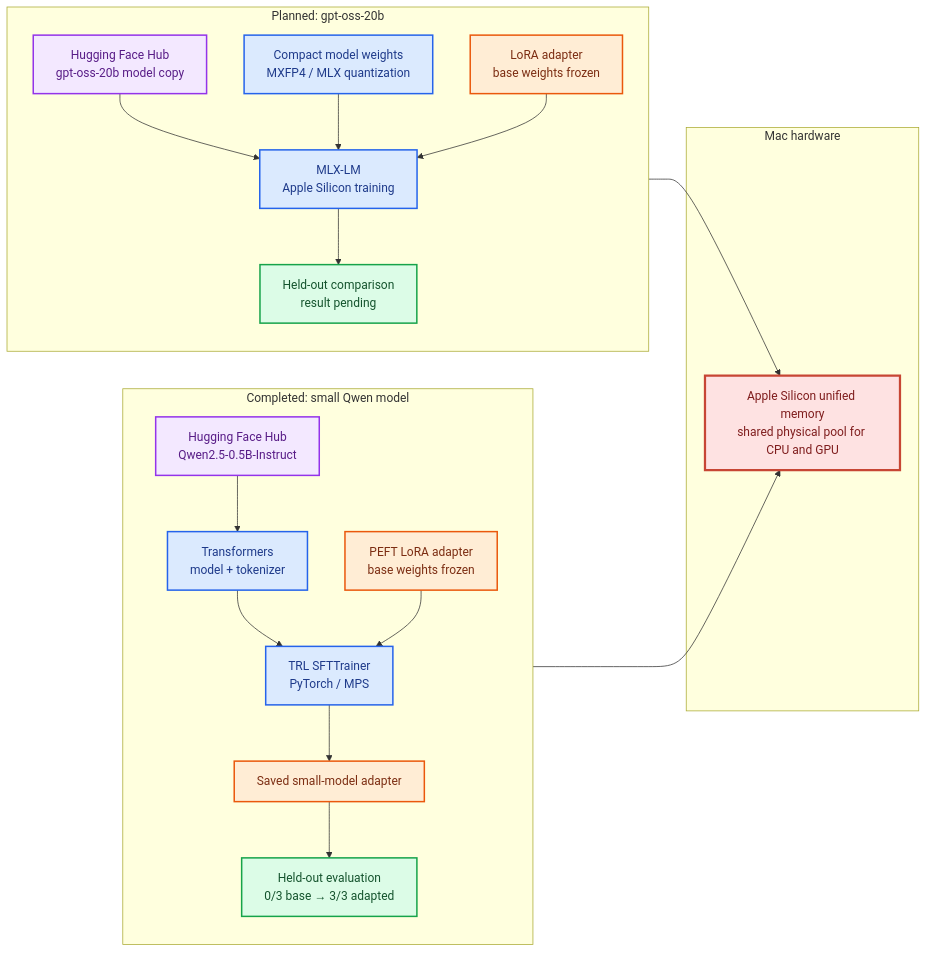
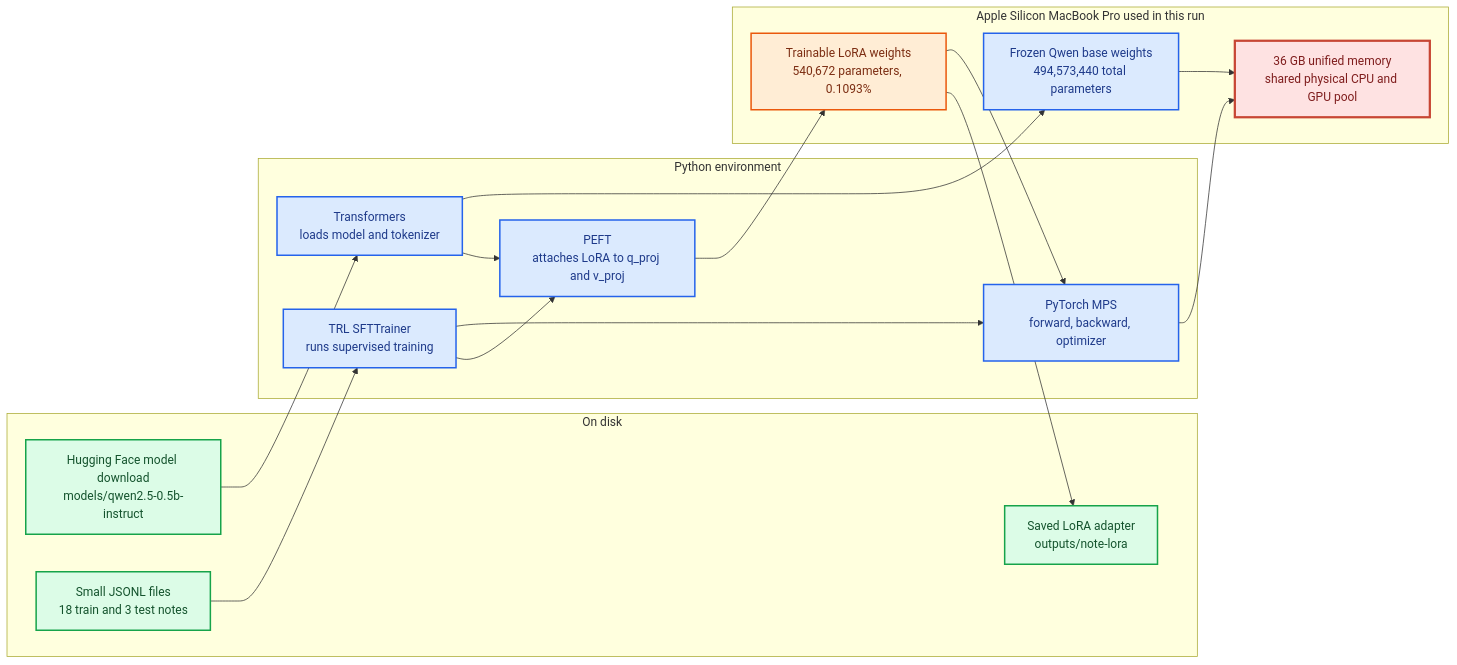
Before and after one commit to ssganiger/mac-llm-finetuning-lab: the second of 2 diagrams in docs/architecture.md, drawn with Mermaid. The commit also changed other lines of this file, not shown here.

Commit message:
Refresh Mermaid maps for Qwen TRL exercise

````diff
--- a/docs/architecture.md
+++ b/docs/architecture.md
@@ -35,37 +39,37 @@
 ```mermaid
 graph LR
-    subgraph SMALL["Completed: small Qwen model"]
-        direction TB
-        SH["Hugging Face Hub<br/>Qwen2.5-0.5B-Instruct"] --> ST["Transformers<br/>model + tokenizer"]
-        ST --> TR["TRL SFTTrainer<br/>PyTorch / MPS"]
-        SP["PEFT LoRA adapter<br/>base weights frozen"] --> TR
-        TR --> SA["Saved small-model adapter"]
-        SA --> SE["Held-out evaluation<br/>0/3 base → 3/3 adapted"]
+    subgraph FILES["On disk"]
+        HF["Hugging Face model download<br/>models/qwen2.5-0.5b-instruct"]
+        DS["Small JSONL files<br/>18 train and 3 test notes"]
+        OUT["Saved LoRA adapter<br/>outputs/note-lora"]
     end
 
-    subgraph LARGE["Planned: gpt-oss-20b"]
-        direction TB
-        GH["Hugging Face Hub<br/>gpt-oss-20b model copy"] --> GM["MLX-LM<br/>Apple Silicon training"]
-        GQ["Compact model weights<br/>MXFP4 / MLX quantization"] --> GM
-        GL["LoRA adapter<br/>base weights frozen"] --> GM
-        GM --> GE["Held-out comparison<br/>result pending"]
+    subgraph SOFTWARE["Python environment"]
+        TF["Transformers<br/>loads model and tokenizer"]
+        TR["TRL SFTTrainer<br/>runs supervised training"]
+        PF["PEFT<br/>attaches LoRA to q_proj and v_proj"]
+        PT["PyTorch MPS<br/>forward, backward, optimizer"]
     end
 
-    subgraph MAC["Mac hardware"]
-        UM["Apple Silicon unified memory<br/>shared physical pool for CPU and GPU"]
+    subgraph MAC["Apple Silicon MacBook Pro used in this run"]
+        UM["36 GB unified memory<br/>shared physical CPU and GPU pool"]
+        BW["Frozen Qwen base weights<br/>494,573,440 total parameters"]
+        LW["Trainable LoRA weights<br/>540,672 parameters, 0.1093%"]
     end
 
-    TR --> UM
-    GM --> UM
+    HF --> TF --> BW --> UM
+    DS --> TR --> PT --> UM
+    PF --> LW --> PT
+    TF --> PF
+    TR --> PF
+    LW --> OUT
 
-    classDef hub fill:#F3E8FF,stroke:#9333EA,color:#581C87,stroke-width:2px;
+    classDef file fill:#DCFCE7,stroke:#16A34A,color:#14532D,stroke-width:2px;
     classDef framework fill:#DBEAFE,stroke:#2563EB,color:#1E3A8A,stroke-width:2px;
     classDef adapter fill:#FFEDD5,stroke:#EA580C,color:#7C2D12,stroke-width:2px;
-    classDef result fill:#DCFCE7,stroke:#16A34A,color:#14532D,stroke-width:2px;
     classDef hardware fill:#FEE2E2,stroke:#C74634,color:#7F1D1D,stroke-width:3px;
-    class SH,GH hub;
-    class ST,TR,GM,GQ framework;
-    class SP,SA,GL adapter;
-    class SE,GE result;
+    class HF,DS,OUT file;
+    class TF,TR,PF,PT,BW framework;
+    class LW adapter;
     class UM hardware;
 ```
````
